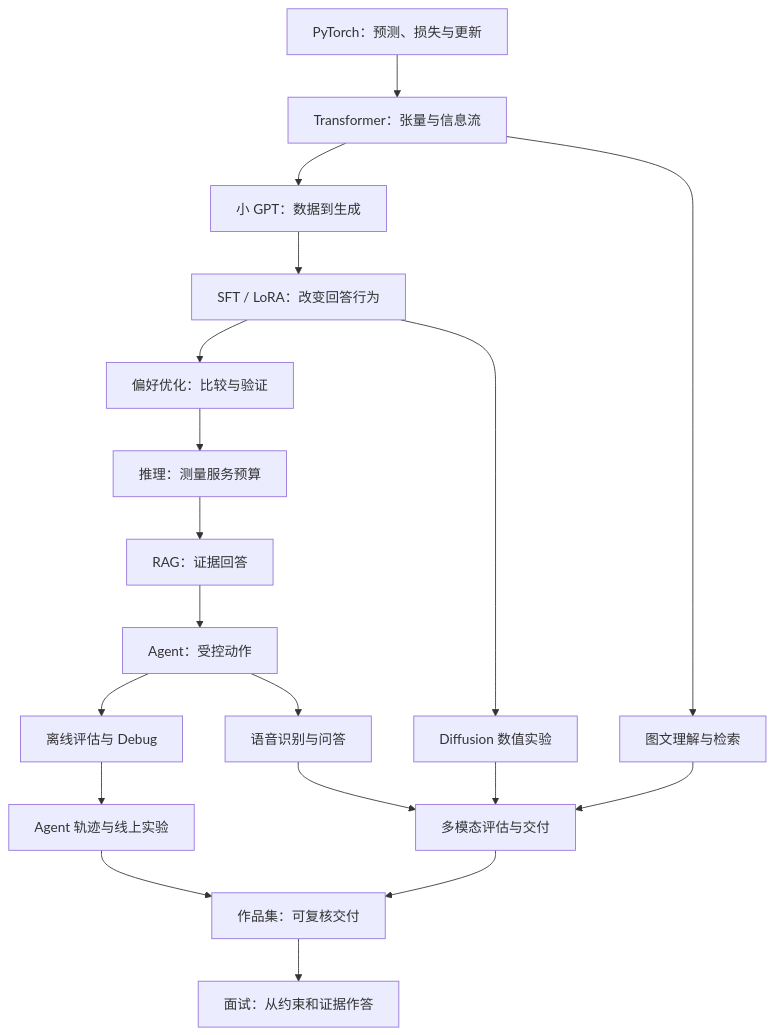
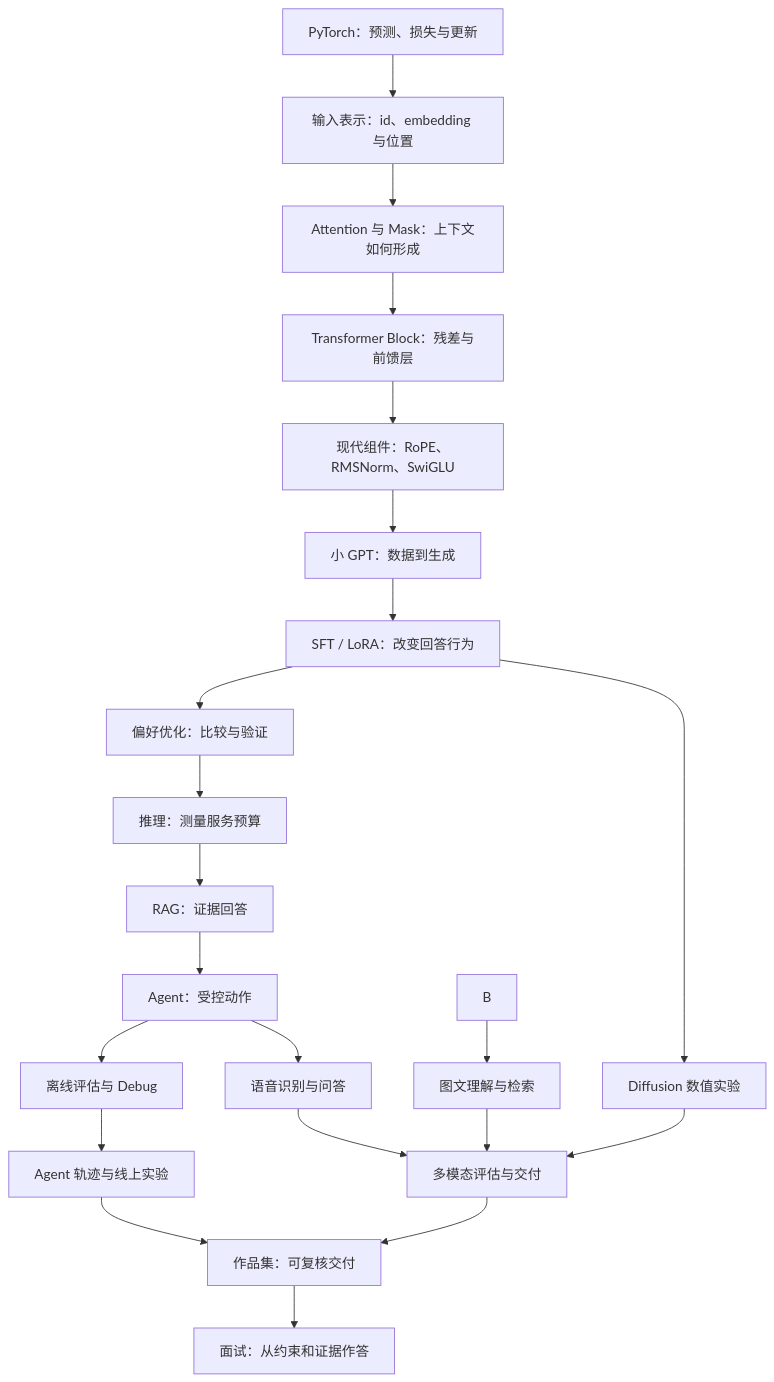
Before and after one commit to ChanChiChoi/llm-from-zero-to-interview: the diagram in book-03-practical-handbook/简介.md, drawn with Mermaid. The commit also changed other lines of this file and 132 other files, not shown here.

````diff
--- a/book-03-practical-handbook/简介.md
+++ b/book-03-practical-handbook/简介.md
@@ -31,21 +31,24 @@
 ```mermaid
 flowchart TD
-    A["PyTorch：预测、损失与更新"] --> B["Transformer：张量与信息流"]
-    B --> C["小 GPT：数据到生成"]
+    A["PyTorch：预测、损失与更新"] --> B1["输入表示：id、embedding 与位置"]
+    B1 --> B2["Attention 与 Mask：上下文如何形成"]
+    B2 --> B3["Transformer Block：残差与前馈层"]
+    B3 --> B4["现代组件：RoPE、RMSNorm、SwiGLU"]
+    B4 --> C["小 GPT：数据到生成"]
     C --> D["SFT / LoRA：改变回答行为"]
     D --> E["偏好优化：比较与验证"]
     E --> F["推理：测量服务预算"]
     F --> G["RAG：证据回答"]
     G --> H["Agent：受控动作"]
     H --> I["离线评估与 Debug"]
     I --> J["Agent 轨迹与线上实验"]
     J --> K["作品集：可复核交付"]
     K --> L["面试：从约束和证据作答"]
     B --> M["图文理解与检索"]
     D --> N["Diffusion 数值实验"]
     H --> O["语音识别与问答"]
     M --> P["多模态评估与交付"]
     N --> P
     O --> P
     P --> K
 ```
````
